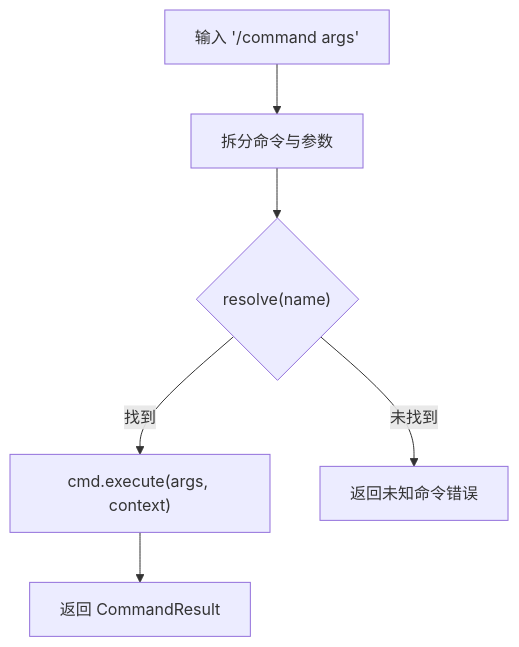
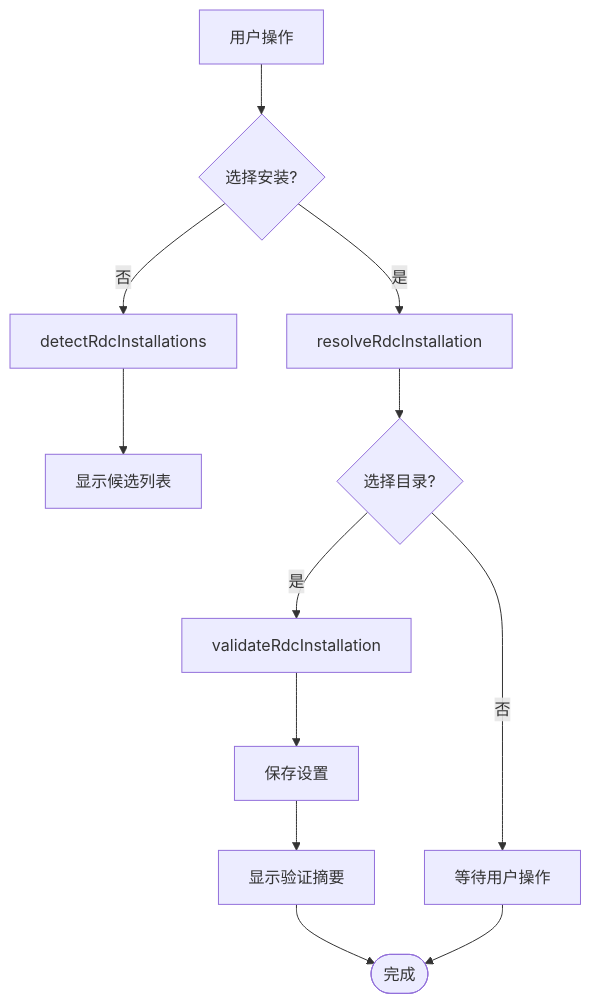
One commit to haolange/RDC-Agent changed the fourth of 15 diagrams in .qoder/repowiki/zh/content/核心模块/工具系统/工具系统.md. Above: the diagram before and after it, drawn with Mermaid. The commit also changed other lines of this file and 80 other files, not shown here.

````diff
--- a/.qoder/repowiki/zh/content/核心模块/工具系统/工具系统.md
+++ b/.qoder/repowiki/zh/content/核心模块/工具系统/工具系统.md
@@ -336,8 +313,14 @@
 ```mermaid
 flowchart TD
-Input["输入 '/command args'"] --> Split["拆分命令与参数"]
-Split --> Resolve{"resolve(name)"}
-Resolve --> |找到| Exec["cmd.execute(args, context)"]
-Resolve --> |未找到| Fail["返回未知命令错误"]
-Exec --> Result["返回 CommandResult"]
+UserAction["用户操作"] --> Choose{"选择安装?"}
+Choose --> |是| Resolve["resolveRdcInstallation"]
+Choose --> |否| Detect["detectRdcInstallations"]
+Detect --> ShowCandidates["显示候选列表"]
+Resolve --> SelectDir{"选择目录?"}
+SelectDir --> |是| Apply["validateRdcInstallation"]
+SelectDir --> |否| Wait["等待用户操作"]
+Apply --> SaveSettings["保存设置"]
+SaveSettings --> ShowSummary["显示验证摘要"]
+ShowSummary --> End(["完成"])
+Wait --> End
 ```
````
